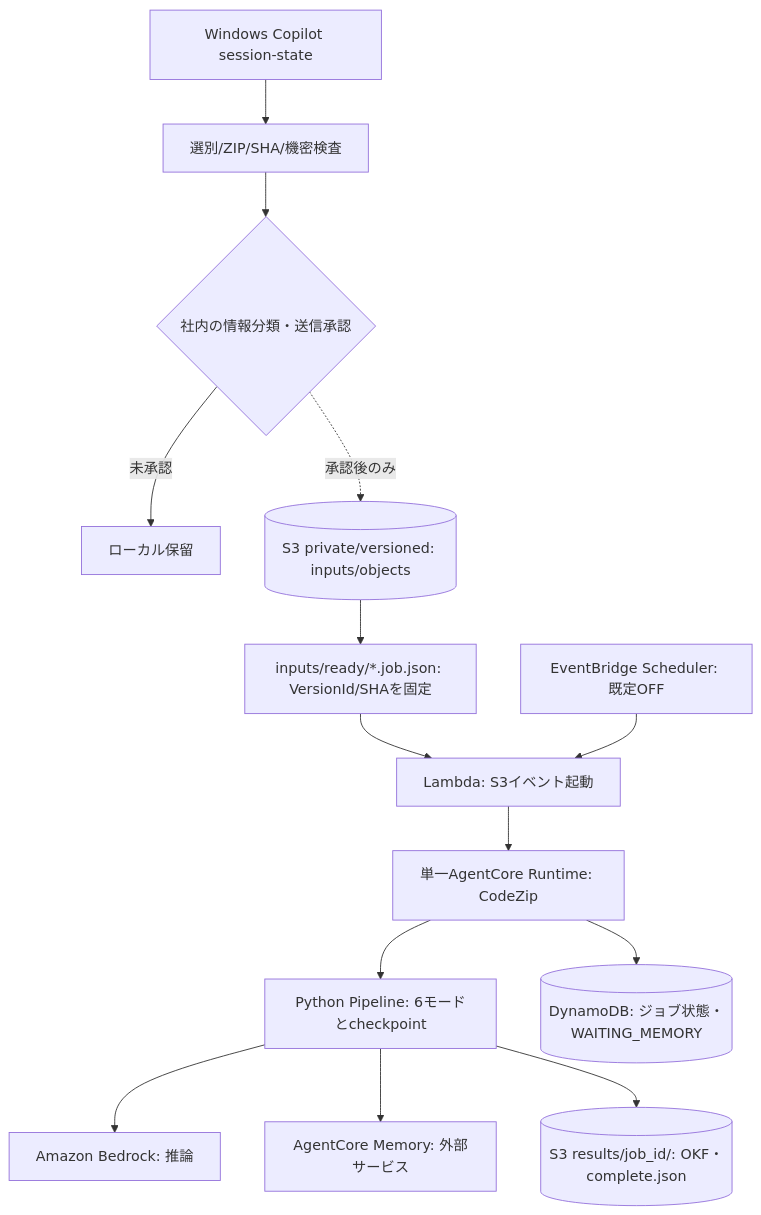
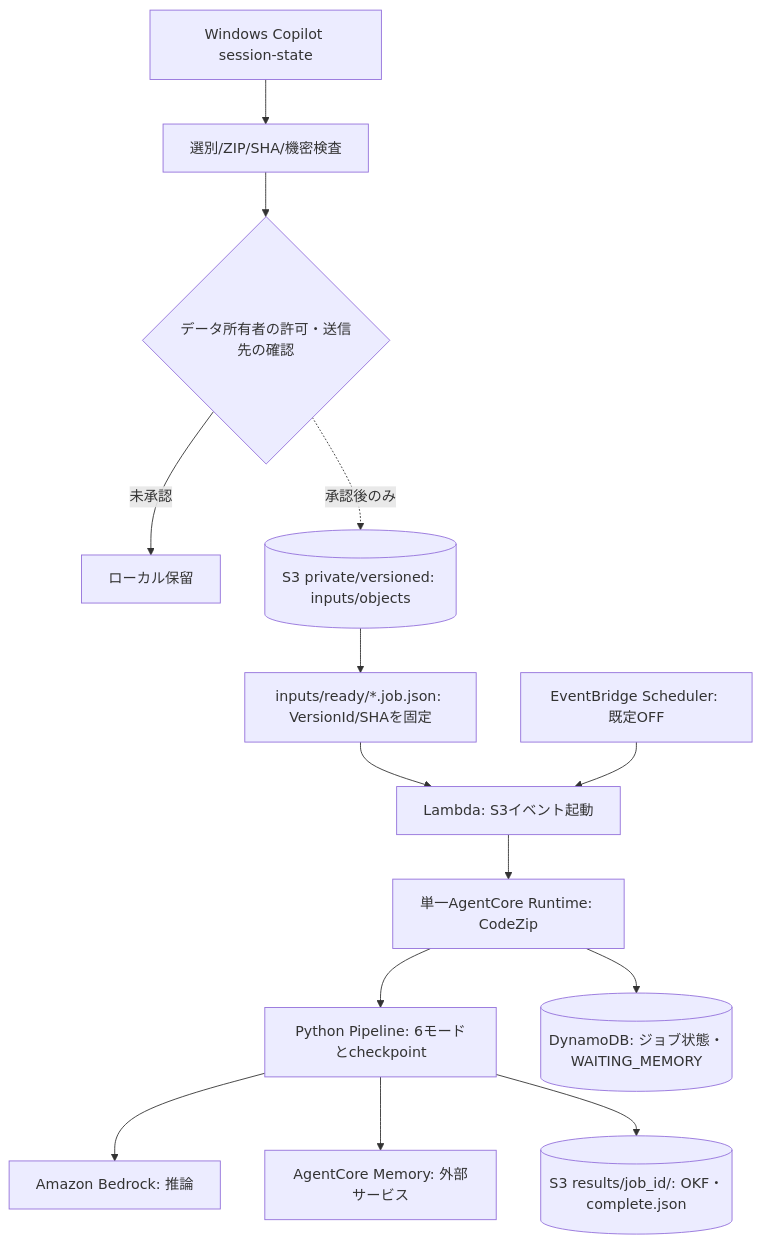
Before and after one commit to yu37330/Copilot_Self-Learning_Platform: the diagram in docs/architecture.md, drawn with Mermaid. The commit also changed other lines of this file and 20 other files, not shown here.

````diff
--- a/docs/architecture.md
+++ b/docs/architecture.md
@@ -7,16 +7,16 @@
 ```mermaid
 flowchart TB
   A[Windows Copilot session-state] --> B[選別/ZIP/SHA/機密検査]
-  B --> C{社内の情報分類・送信承認}
+  B --> C{データ所有者の許可・送信先の確認}
   C -->|未承認| D[ローカル保留]
   C -. 承認後のみ .-> E[(S3 private/versioned: inputs/objects)]
   E --> F[inputs/ready/*.job.json: VersionId/SHAを固定]
   F --> G[Lambda: S3イベント起動]
   H[EventBridge Scheduler: 既定OFF] --> G
   G --> I[単一AgentCore Runtime: CodeZip]
   I --> J[Python Pipeline: 6モードとcheckpoint]
   J --> K[Amazon Bedrock: 推論]
   J --> L[AgentCore Memory: 外部サービス]
   I --> M[(DynamoDB: ジョブ状態・WAITING_MEMORY)]
   J --> N[(S3 results/job_id/: OKF・complete.json)]
 ```
````
